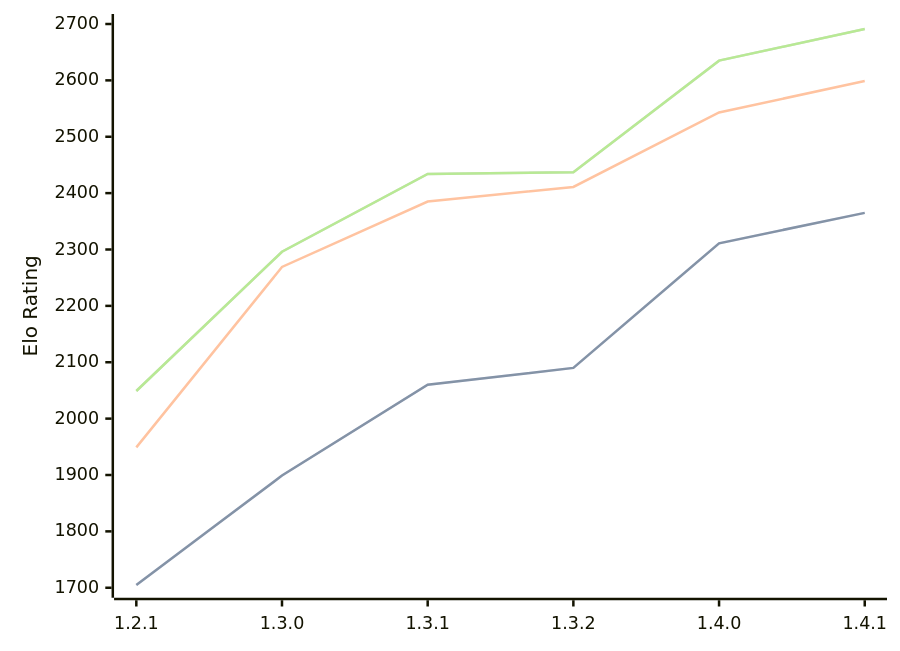
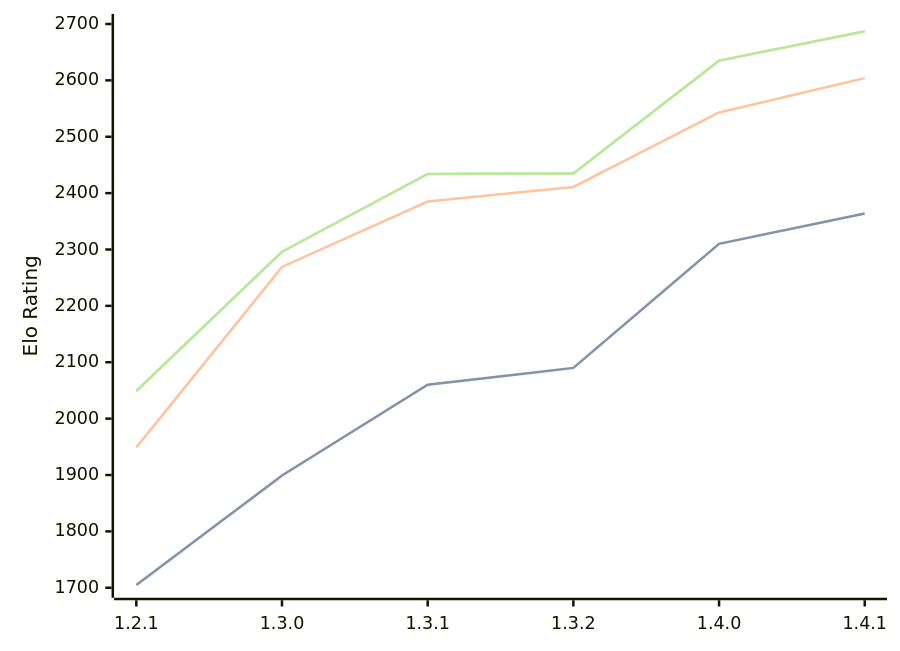
Before and after one commit to computer-chess-index/cci: the diagram in engines/Chal.md, drawn with Mermaid. The commit also changed other lines of this file, not shown here.

Commit message:
Update CCI Ratings (ELO VLTC) - 2026-05-07

````diff
--- a/engines/Chal.md
+++ b/engines/Chal.md
@@ -39,11 +39,11 @@
 ```mermaid
 %%{init: {"theme":"base","themeVariables":{"seriesColors:['#a3a3a3','#222221','#faa371']}}}%%
 xychart-beta
   x-axis ["1.2.1", "1.3.0", "1.3.1", "1.3.2", "1.4.0", "1.4.1"]
   y-axis "Elo Rating" 1700 --> 2700
-  line "STC (8.0+0.08s)" [1705, 1899, 2060, 2090, 2311, 2365]
-  line "STC (8.0+0.08s)" [1705, 1899, 2060, 2090, 2311, 2365]
-  line "LTC (60.0+0.60s)" [1949, 2269, 2385, 2411, 2543, 2599]
-  line "VLTC (2m24s+1.12s)" [2049, 2296, 2434, 2437, 2635, 2691]
-  line "VLTC (2m24s+1.12s)" [2049, 2296, 2434, 2437, 2635, 2691]
+  line "STC (8.0+0.08s)" [1705, 1899, 2060, 2090, 2310, 2364]
+  line "STC (8.0+0.08s)" [1705, 1899, 2060, 2090, 2310, 2364]
+  line "LTC (60.0+0.60s)" [1949, 2269, 2385, 2411, 2543, 2604]
+  line "VLTC (2m24s+1.12s)" [2049, 2296, 2434, 2435, 2635, 2687]
+  line "VLTC (2m24s+1.12s)" [2049, 2296, 2434, 2435, 2635, 2687]
 ```
````
